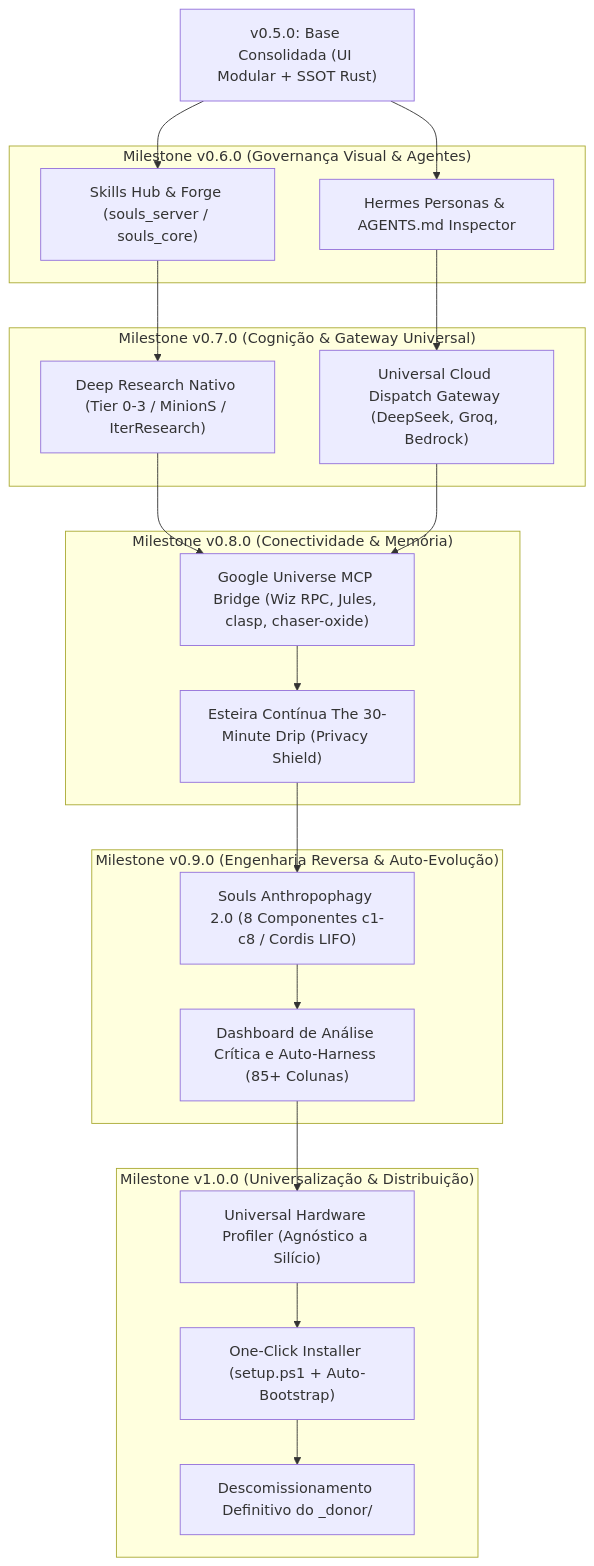
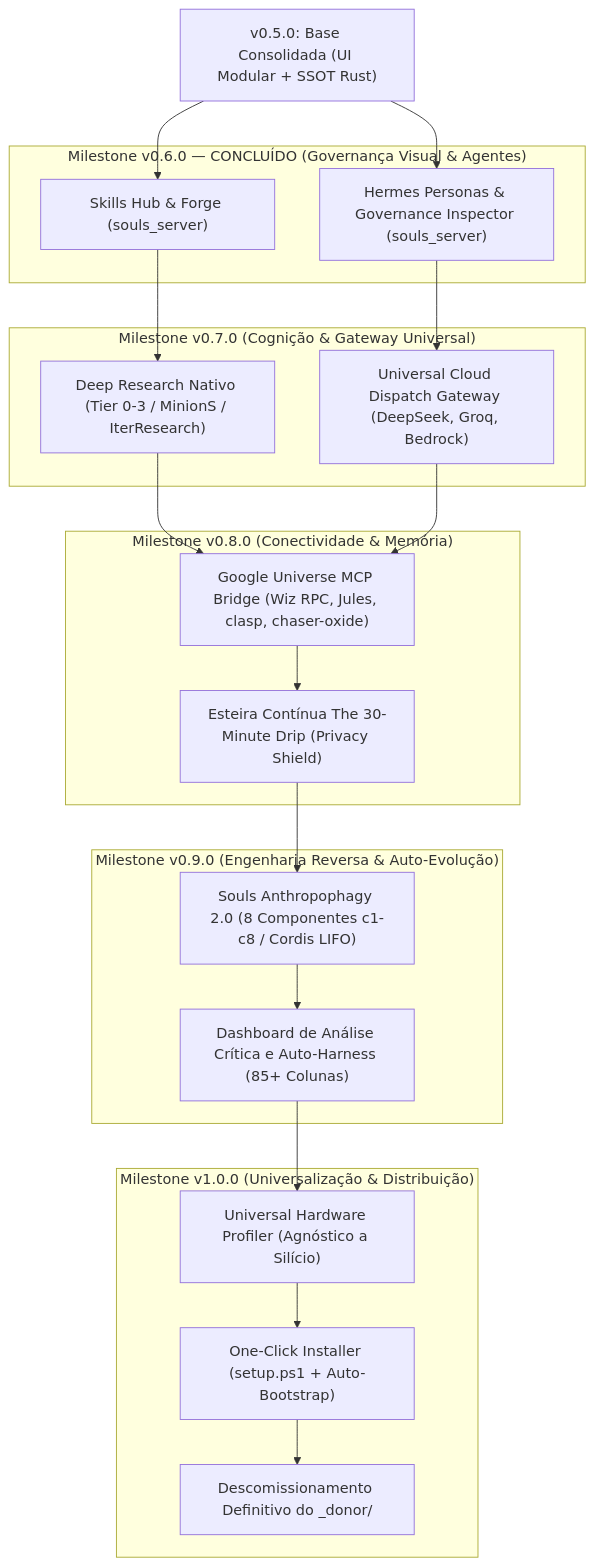
The second of 2 diagrams in docs/planning/roadmap/SOULS_ENGINE_ROADMAP_NEXT_DELIVERIES.md (brunosrosa/souls_engine), drawn with Mermaid before and after one commit. The commit also changed other lines of this file and 1 other file, not shown here.

Commit message:
docs(roadmap): mark Milestone v0.6.0 (Skills Hub & Hermes Personas) as completed

````diff
--- a/docs/planning/roadmap/SOULS_ENGINE_ROADMAP_NEXT_DELIVERIES.md
+++ b/docs/planning/roadmap/SOULS_ENGINE_ROADMAP_NEXT_DELIVERIES.md
@@ -403,43 +405,43 @@
 ```mermaid
 flowchart TD
     v050["v0.5.0: Base Consolidada (UI Modular + SSOT Rust)"]
     
-    subgraph M060 ["Milestone v0.6.0 (Governança Visual & Agentes)"]
-        SkillsHub["Skills Hub & Forge (souls_server / souls_core)"]
-        Personas["Hermes Personas & AGENTS.md Inspector"]
+    subgraph M060 ["Milestone v0.6.0 — CONCLUÍDO (Governança Visual & Agentes)"]
+        SkillsHub["Skills Hub & Forge (souls_server)"]
+        Personas["Hermes Personas & Governance Inspector (souls_server)"]
     end
 
     subgraph M070 ["Milestone v0.7.0 (Cognição & Gateway Universal)"]
         DeepResearch["Deep Research Nativo (Tier 0-3 / MinionS / IterResearch)"]
         MultiCloud["Universal Cloud Dispatch Gateway (DeepSeek, Groq, Bedrock)"]
     end
 
     subgraph M080 ["Milestone v0.8.0 (Conectividade & Memória)"]
         GoogleBridge["Google Universe MCP Bridge (Wiz RPC, Jules, clasp, chaser-oxide)"]
         ObsidianDrip["Esteira Contínua The 30-Minute Drip (Privacy Shield)"]
     end
 
     subgraph M090 ["Milestone v0.9.0 (Engenharia Reversa & Auto-Evolução)"]
         Anthropophagy["Souls Anthropophagy 2.0 (8 Componentes c1-c8 / Cordis LIFO)"]
         EvolutionDash["Dashboard de Análise Crítica e Auto-Harness (85+ Colunas)"]
     end
 
     subgraph M100 ["Milestone v1.0.0 (Universalização & Distribuição)"]
         AutoTuning["Universal Hardware Profiler (Agnóstico a Silício)"]
         Installer["One-Click Installer (setup.ps1 + Auto-Bootstrap)"]
         DecomDonor["Descomissionamento Definitivo do _donor/"]
     end
 
     v050 --> SkillsHub
     v050 --> Personas
     SkillsHub --> DeepResearch
     Personas --> MultiCloud
     DeepResearch --> GoogleBridge
     MultiCloud --> GoogleBridge
     GoogleBridge --> ObsidianDrip
     ObsidianDrip --> Anthropophagy
     Anthropophagy --> EvolutionDash
     EvolutionDash --> AutoTuning
     AutoTuning --> Installer
     Installer --> DecomDonor
 ```
````
